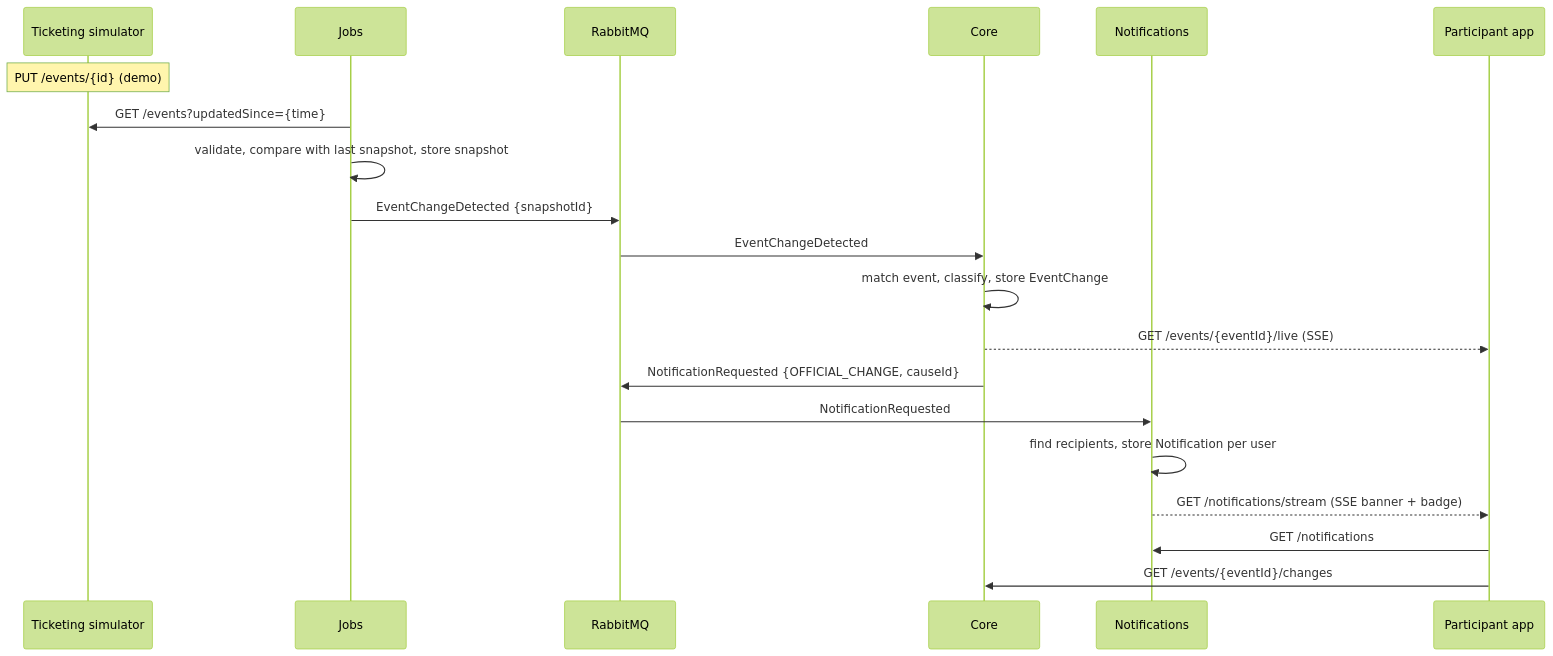
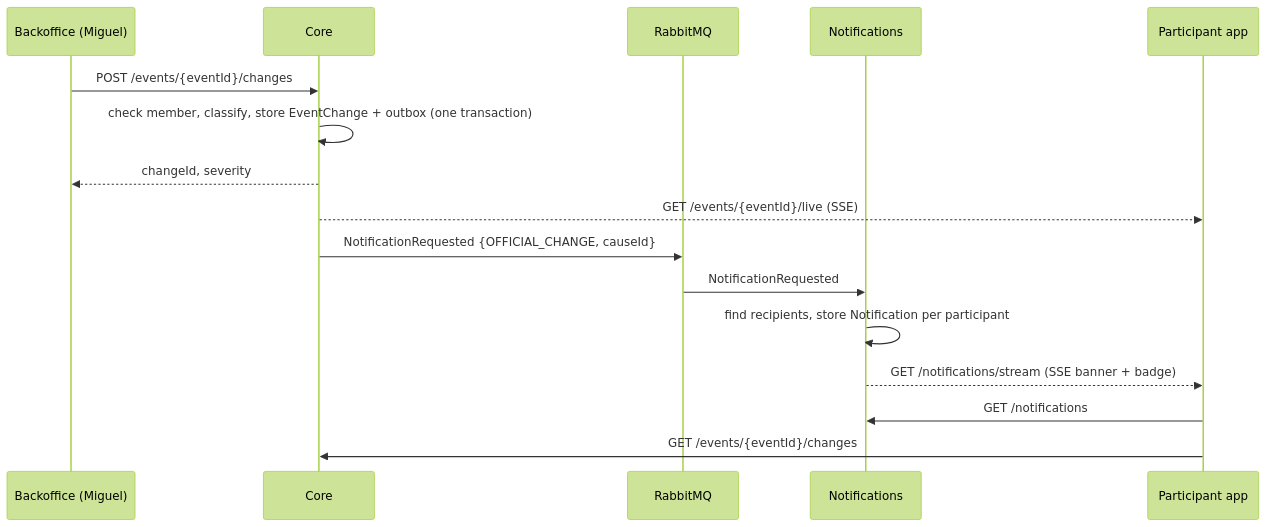
Before and after one commit to andrereis26/crowded-labdsof: the first of 2 diagrams in docs/deliverables/asynchronous-flows.md, drawn with Mermaid (forest theme). The commit also changed other lines of this file and 36 other files, not shown here.

````diff
--- a/docs/deliverables/asynchronous-flows.md
+++ b/docs/deliverables/asynchronous-flows.md
@@ -31,23 +31,19 @@
 ```mermaid
 sequenceDiagram
-    participant TS as Ticketing simulator
-    participant J as Jobs
+    participant B as Backoffice (Miguel)
+    participant C as Core
     participant MB as RabbitMQ
-    participant C as Core
     participant N as Notifications
     participant P as Participant app
 
-    Note over TS: PUT /events/{id} (demo)
-    J->>TS: GET /events?updatedSince={time}
-    J->>J: validate, compare with last snapshot, store snapshot
-    J->>MB: EventChangeDetected {snapshotId}
-    MB->>C: EventChangeDetected
-    C->>C: match event, classify, store EventChange
+    B->>C: POST /events/{eventId}/changes
+    C->>C: check member, classify, store EventChange + outbox (one transaction)
+    C-->>B: changeId, severity
     C-->>P: GET /events/{eventId}/live (SSE)
     C->>MB: NotificationRequested {OFFICIAL_CHANGE, causeId}
     MB->>N: NotificationRequested
-    N->>N: find recipients, store Notification per user
+    N->>N: find recipients, store Notification per participant
     N-->>P: GET /notifications/stream (SSE banner + badge)
     P->>N: GET /notifications
     P->>C: GET /events/{eventId}/changes
 ```
````
